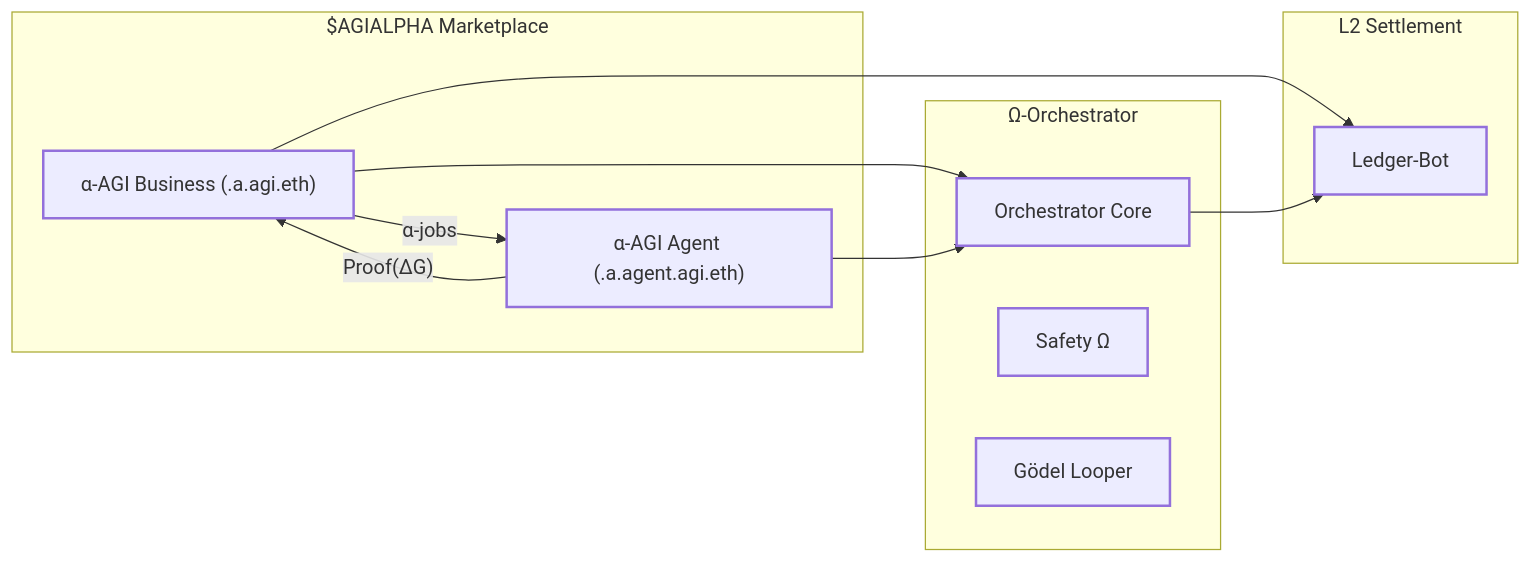
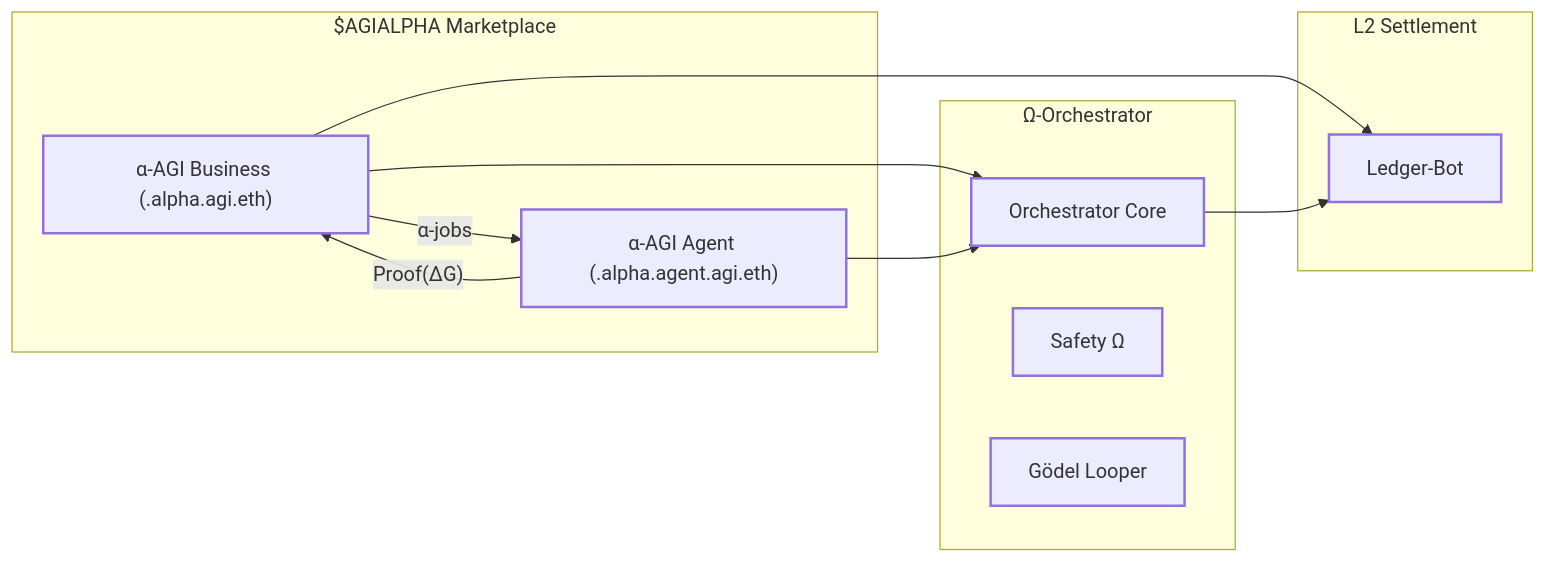
One commit to MontrealAI/AGI-Alpha-Agent-v0 changed the first of 3 diagrams in alpha_factory_v1/demos/alpha_agi_business_3_v1/README.md. Above: the diagram before and after it, drawn with Mermaid. The commit also changed other lines of this file and 17 other files, not shown here.

Commit message:
docs: update ENS schema references

````diff
--- a/alpha_factory_v1/demos/alpha_agi_business_3_v1/README.md
+++ b/alpha_factory_v1/demos/alpha_agi_business_3_v1/README.md
@@ -108,35 +108,35 @@
 ```mermaid
 %% GitHub-compatible Mermaid
 flowchart LR
     %% style definition (❌ no semicolon at EOL)
     classDef layer stroke-width:2px
 
     %% ── Market ─────────────────────────────────────────────
     subgraph Market["$AGIALPHA Marketplace"]
-        BIZ["α-AGI Business (.a.agi.eth)"]
-        AGT["α-AGI Agent (.a.agent.agi.eth)"]
+        BIZ["α-AGI Business (.alpha.agi.eth)"]
+        AGT["α-AGI Agent (.alpha.agent.agi.eth)"]
         class BIZ,AGT layer
     end
 
     %% ── L2 Settlement ─────────────────────────────────────
     subgraph LedgerL2["L2 Settlement"]
         LDB["Ledger-Bot"]
         class LDB layer
     end
 
     %% ── Ω-Orchestrator ────────────────────────────────────
     subgraph Orchestration["Ω-Orchestrator"]
         ORC["Orchestrator Core"]
         SAF["Safety Ω"]
         GDL["Gödel Looper"]
         class ORC,SAF,GDL layer
     end
 
     %% ── Edges ─────────────────────────────────────────────
     BIZ -- "α-jobs"      --> AGT
     AGT -- "Proof(ΔG)"   --> BIZ
     BIZ --> LDB
     BIZ --> ORC
     AGT --> ORC
     ORC --> LDB
 ```
````
